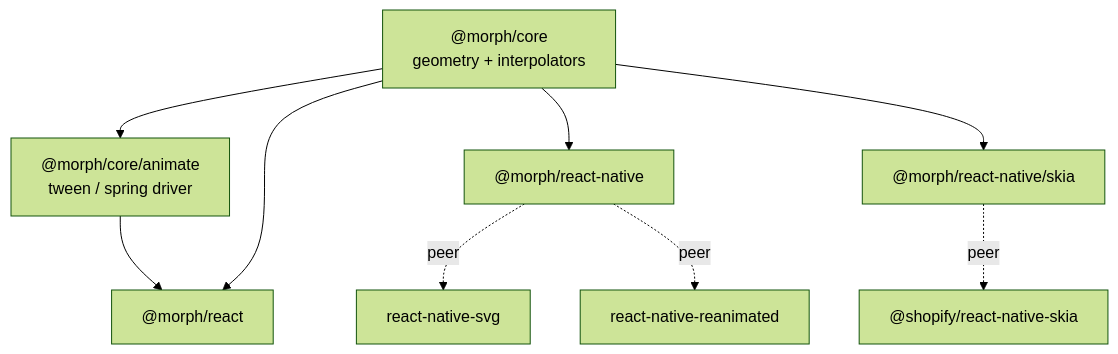
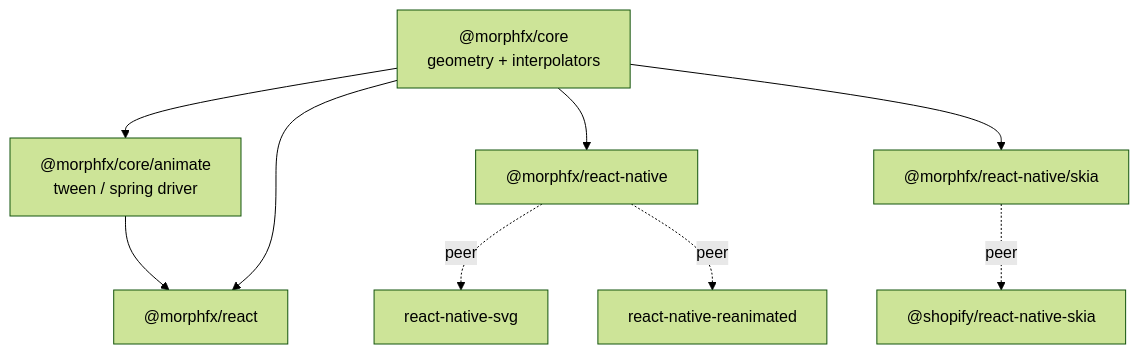
The second of 3 diagrams in docs/rfcs/0001-project-foundations.md (cesarvenzac/morph), drawn with Mermaid (forest theme) before and after one commit. The commit also changed other lines of this file and 1 other file, not shown here.

````diff
--- a/docs/rfcs/0001-project-foundations.md
+++ b/docs/rfcs/0001-project-foundations.md
@@ -348,16 +378,16 @@
 ```mermaid
 flowchart TB
-  core["@morph/core<br/>geometry + interpolators"]
-  animate["@morph/core/animate<br/>tween / spring driver"]
-  react["@morph/react"]
-  rn["@morph/react-native"]
-  skia["@morph/react-native/skia"]
+  core["@morphfx/core<br/>geometry + interpolators"]
+  animate["@morphfx/core/animate<br/>tween / spring driver"]
+  react["@morphfx/react"]
+  rn["@morphfx/react-native"]
+  skia["@morphfx/react-native/skia"]
   core --> animate
   animate --> react
   core --> react
   core --> rn
   core --> skia
   rn -. peer .-> rnsvg[react-native-svg]
   rn -. peer .-> rea[react-native-reanimated]
   skia -. peer .-> rnskia["@shopify/react-native-skia"]
 ```
````
